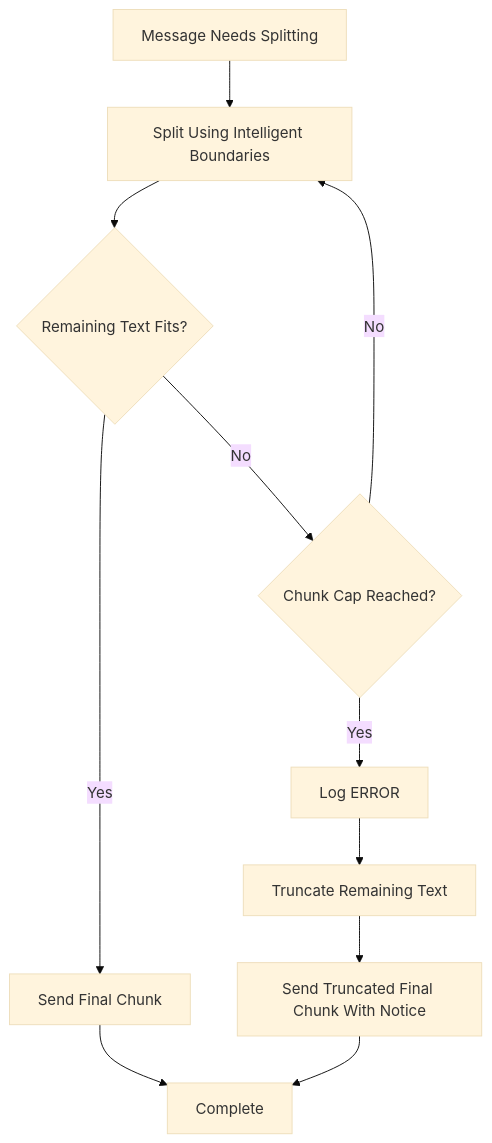
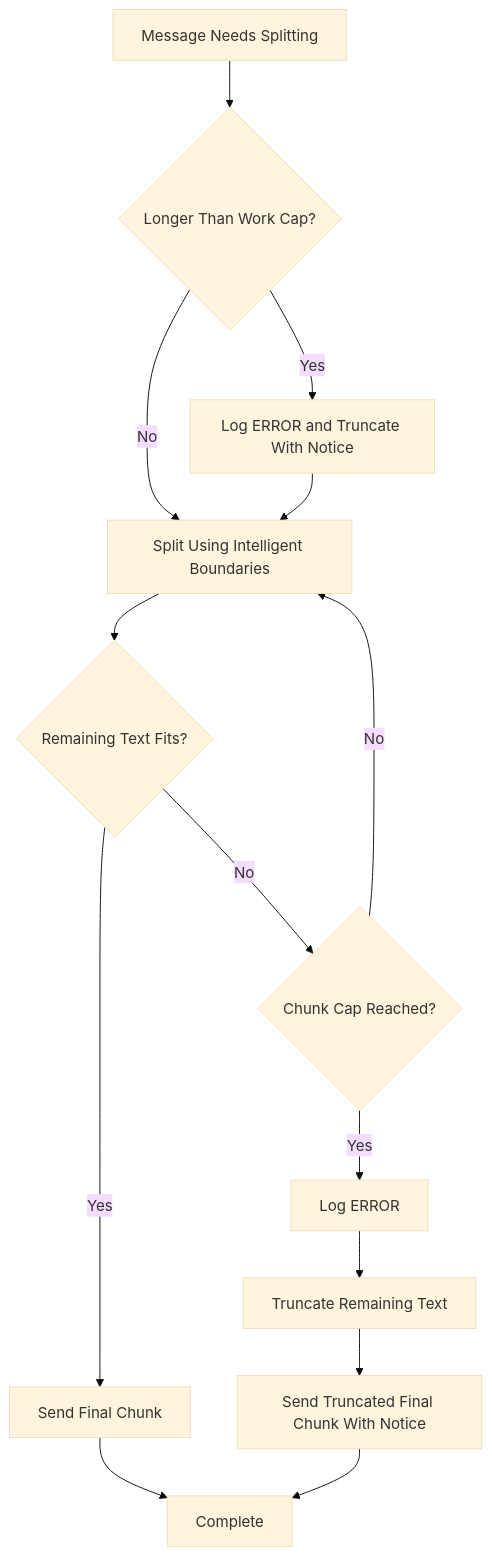
The fourth of 4 diagrams in docs/MessageSplitting.md (johndotpub/DiscordianAI), drawn with Mermaid (base theme) before and after one commit. The commit also changed other lines of this file and 3 other files, not shown here.

````diff
--- a/docs/MessageSplitting.md
+++ b/docs/MessageSplitting.md
@@ -299,13 +303,16 @@
 ```mermaid
 flowchart TD
-    A[Message Needs Splitting] --> B[Split Using Intelligent Boundaries]
-    B --> C{Remaining Text Fits?}
-    C -->|Yes| D[Send Final Chunk]
-    C -->|No| E{Chunk Cap Reached?}
-    E -->|No| B
-    E -->|Yes| F[Log ERROR]
-    F --> G[Truncate Remaining Text]
-    G --> H[Send Truncated Final Chunk With Notice]
-    D --> I[Complete]
-    H --> I
+    A[Message Needs Splitting] --> B{Longer Than Work Cap?}
+    B -->|Yes| C[Log ERROR and Truncate With Notice]
+    B -->|No| D[Split Using Intelligent Boundaries]
+    C --> D
+    D --> E{Remaining Text Fits?}
+    E -->|Yes| F[Send Final Chunk]
+    E -->|No| G{Chunk Cap Reached?}
+    G -->|No| D
+    G -->|Yes| H[Log ERROR]
+    H --> I[Truncate Remaining Text]
+    I --> J[Send Truncated Final Chunk With Notice]
+    F --> K[Complete]
+    J --> K
 ```
````
